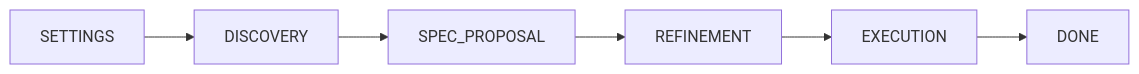
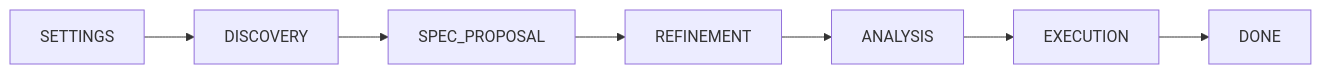
One commit to pragmataW/tddmaster changed the first of 3 diagrams in README.md. Above: the diagram before and after it, drawn with Mermaid. The commit also changed other lines of this file and 59 other files, not shown here.

````diff
--- a/README.md
+++ b/README.md
@@ -70,8 +70,9 @@
 ```mermaid
 flowchart LR
     SETTINGS --> DISCOVERY
     DISCOVERY --> SPEC_PROPOSAL
     SPEC_PROPOSAL --> REFINEMENT
-    REFINEMENT --> EXECUTION
+    REFINEMENT --> ANALYSIS
+    ANALYSIS --> EXECUTION
     EXECUTION --> DONE
 ```
````
